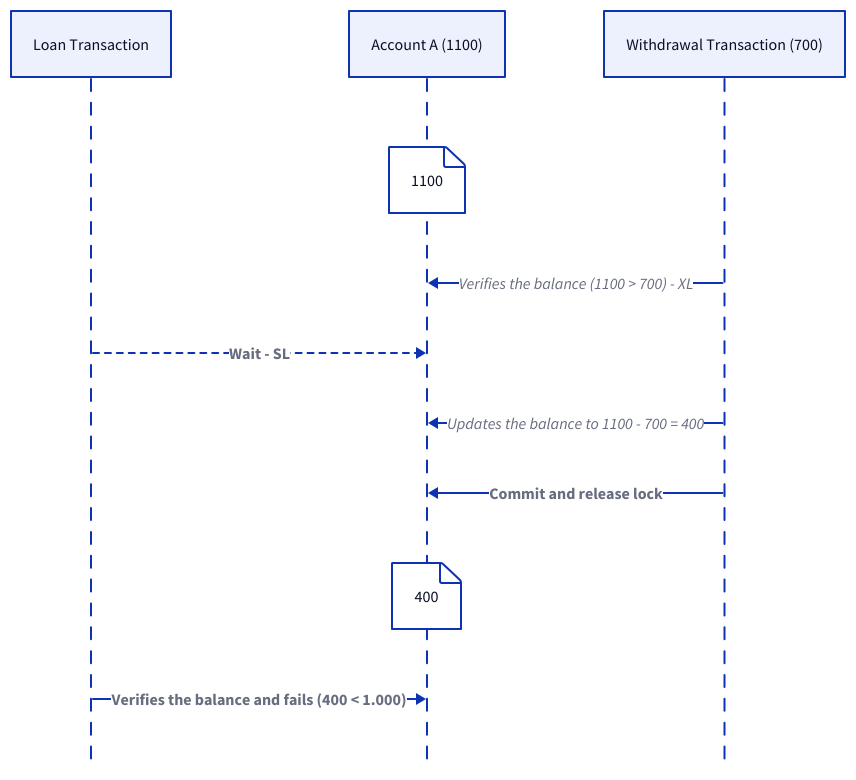
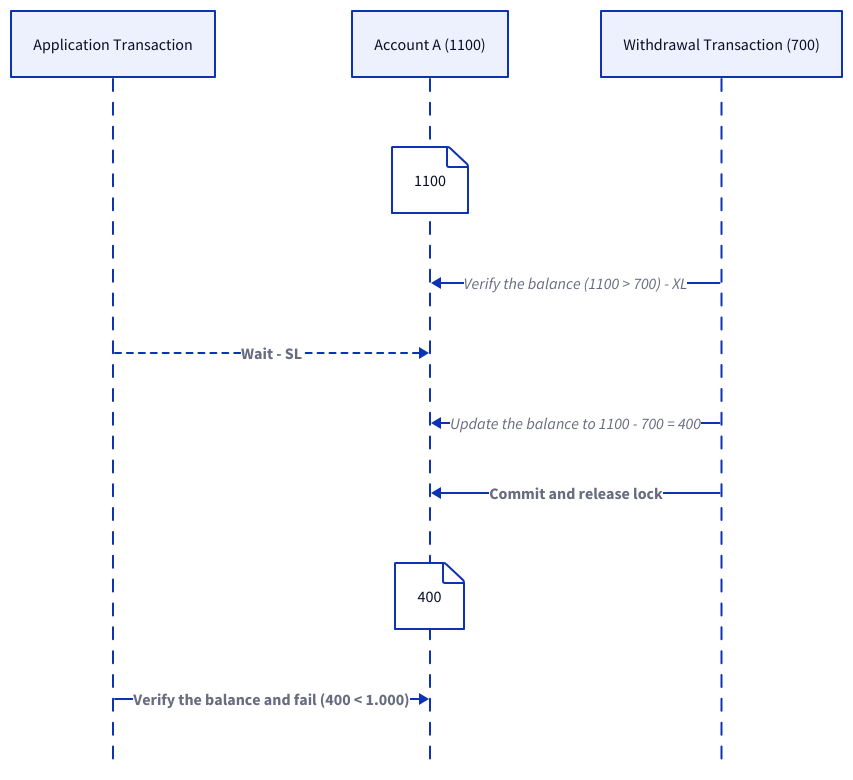
One commit to link1905/system-design-101 changed diagram 19 of 23 in content/data-persistence/sql-database/concurrency-control.md. Above: the diagram before and after it, drawn with D2. The commit also changed other lines of this file and 13 other files, not shown here.

````diff
--- a/content/data-persistence/sql-database/concurrency-control.md
+++ b/content/data-persistence/sql-database/concurrency-control.md
@@ -851,25 +778,24 @@
 ```d2
-
 shape: sequence_diagram
-t: Loan Transaction
+t: Application Transaction
 a: "Account A (1100)"
 t1: "Withdrawal Transaction (700)"
 a {
   "1100"
 }
-t1 -> a: "Verifies the balance (1100 > 700) - XL"
+t1 -> a: "Verify the balance (1100 > 700) - XL"
 t -> a: "Wait - SL" {
   style.stroke-dash: 3
   style.bold: true
 }
-t1 -> a: "Updates the balance to 1100 - 700 = 400"
+t1 -> a: "Update the balance to 1100 - 700 = 400"
 t1 -> a: Commit and release lock {
   style.bold: true
 }
 a {
   "400"
 }
-t -> a: "Verifies the balance and fails (400 < 1.000)" {
+t -> a: "Verify the balance and fail (400 < 1.000)" {
   style.bold: true
 }
 ```
````
